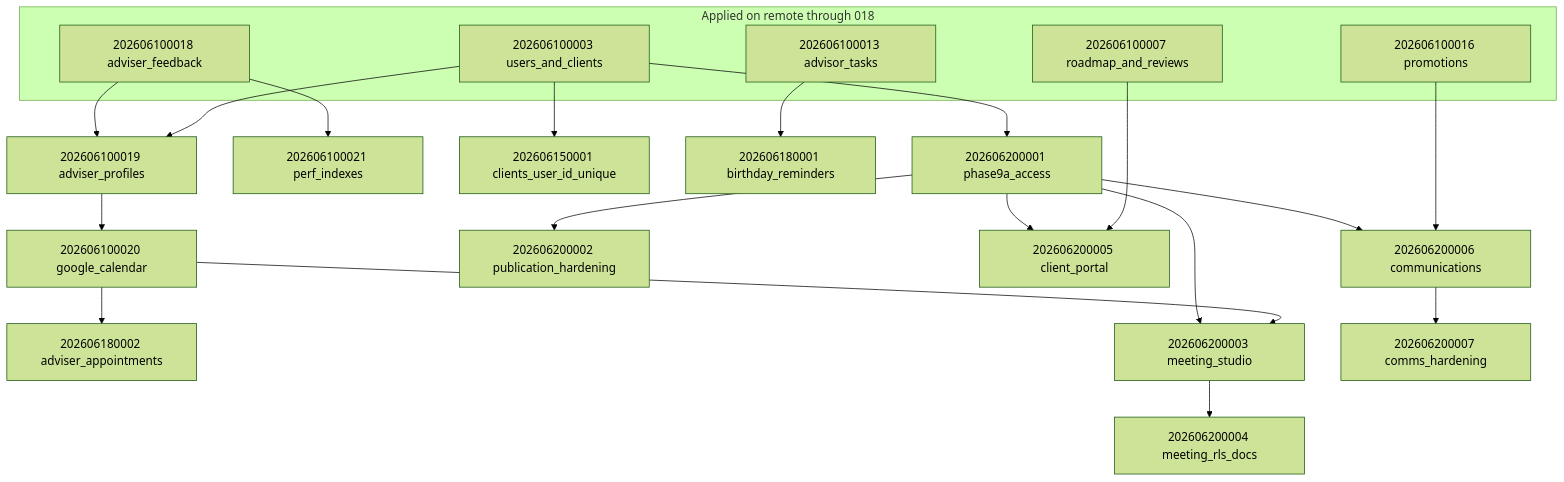
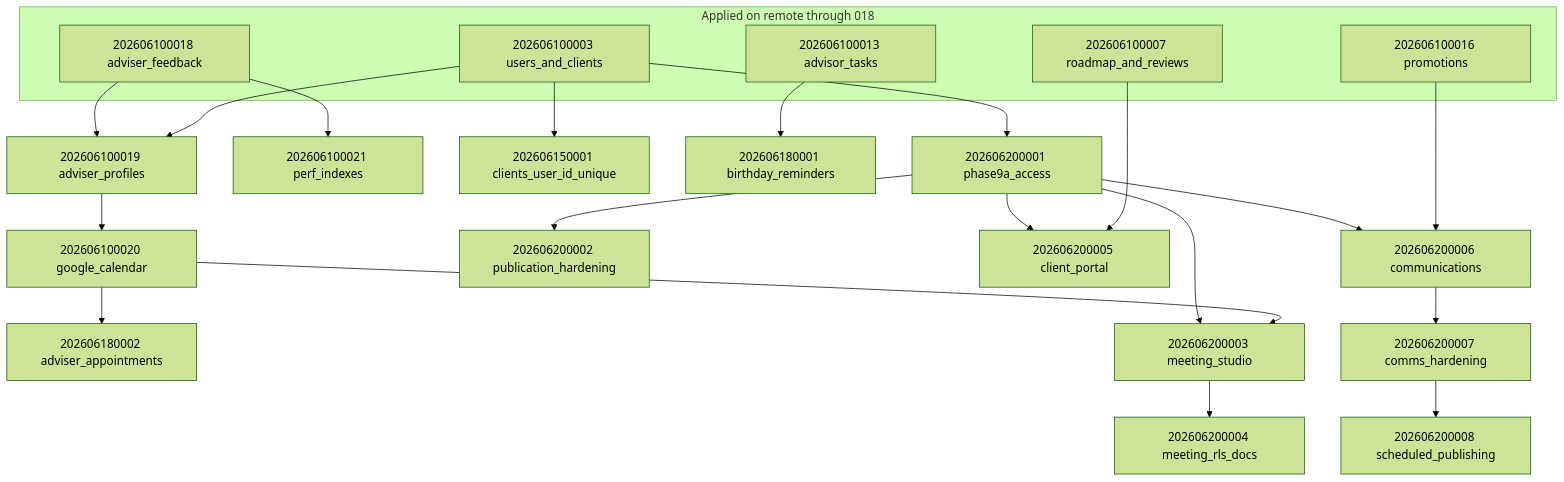
One commit to marclucas101/aegis-wealth-os changed the diagram in docs/MIGRATION_DEPENDENCY_GRAPH.md. Above: the diagram before and after it, drawn with Mermaid (forest theme). The commit also changed other lines of this file and 43 other files, not shown here.

Commit message:
add Phase 9F scheduled publishing automation

````diff
--- a/docs/MIGRATION_DEPENDENCY_GRAPH.md
+++ b/docs/MIGRATION_DEPENDENCY_GRAPH.md
@@ -5,42 +5,44 @@
 ```mermaid
 flowchart TD
   subgraph applied [Applied on remote through 018]
     M003[202606100003 users_and_clients]
     M007[202606100007 roadmap_and_reviews]
     M013[202606100013 advisor_tasks]
     M016[202606100016 promotions]
     M018[202606100018 adviser_feedback]
   end
 
   M019[202606100019 adviser_profiles]
   M020[202606100020 google_calendar]
   M021[202606100021 perf_indexes]
   M150[202606150001 clients_user_id_unique]
   M8A[202606180001 birthday_reminders]
   M8B[202606180002 adviser_appointments]
   M9A1[202606200001 phase9a_access]
   M9A2[202606200002 publication_hardening]
   M9C1[202606200003 meeting_studio]
   M9C2[202606200004 meeting_rls_docs]
   M9D[202606200005 client_portal]
   M9E1[202606200006 communications]
   M9E2[202606200007 comms_hardening]
+  M9F1[202606200008 scheduled_publishing]
 
   M018 --> M019
   M003 --> M019
   M019 --> M020
   M018 --> M021
   M003 --> M150
   M013 --> M8A
   M020 --> M8B
   M003 --> M9A1
   M9A1 --> M9A2
   M9A1 --> M9C1
   M020 --> M9C1
   M9C1 --> M9C2
   M9A1 --> M9D
   M007 --> M9D
   M9A1 --> M9E1
   M016 --> M9E1
   M9E1 --> M9E2
+  M9E2 --> M9F1
 ```
````
